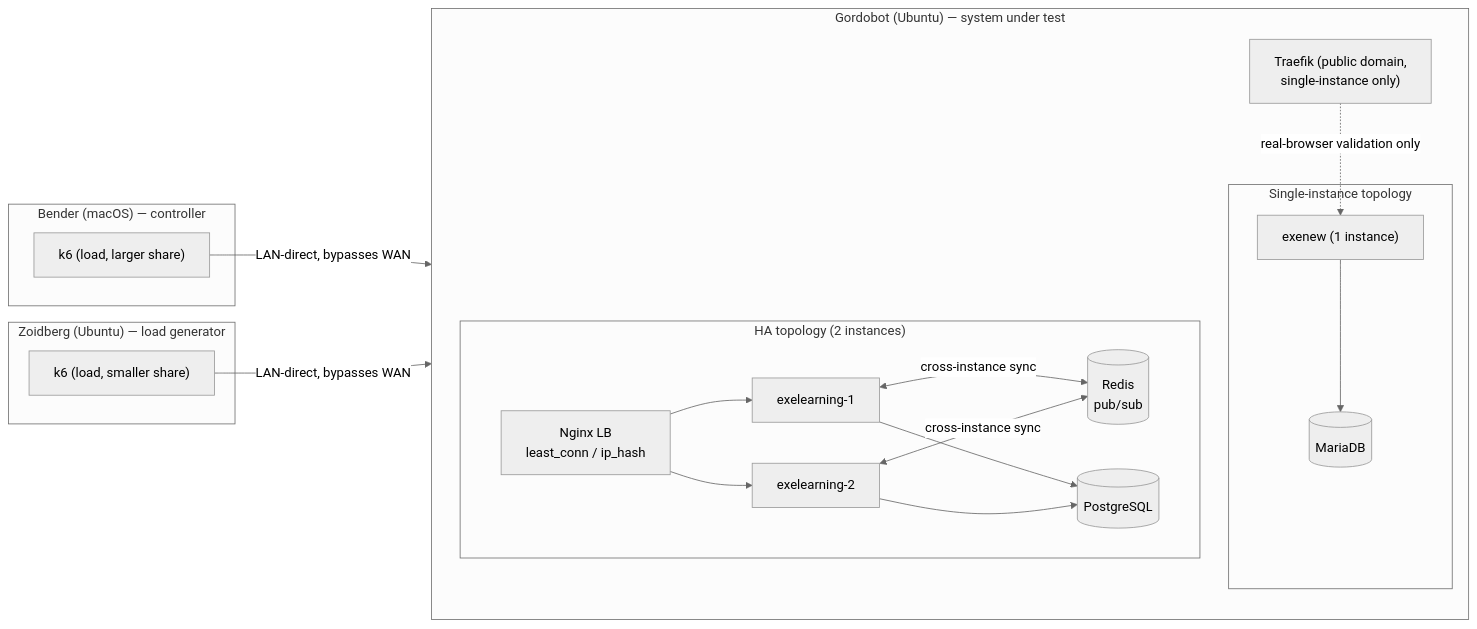
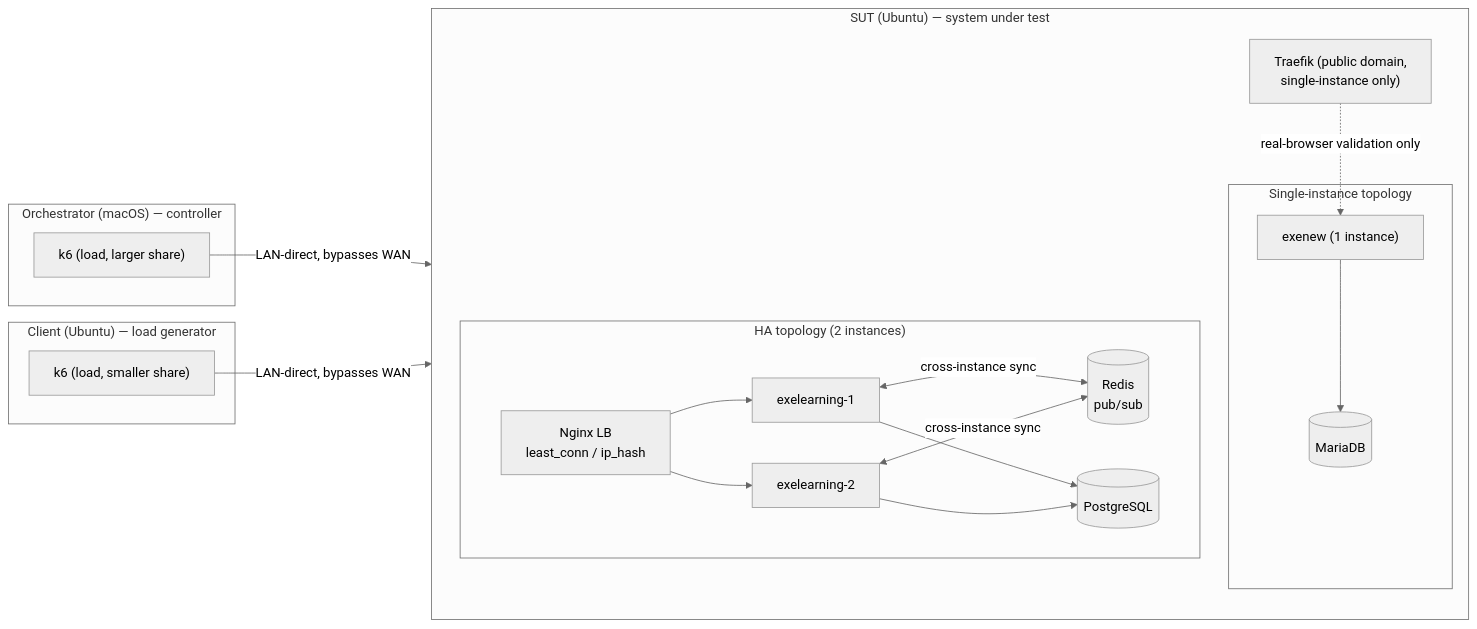
One commit to exelearning/exelearning changed the first of 2 diagrams in doc/development/c10k-benchmark.md. Above: the diagram before and after it, drawn with Mermaid (neutral theme). The commit also changed other lines of this file and 1 other file, not shown here.

First line of the commit message:
docs(load-test): anonymize machine identities in the c10k reports

````diff
--- a/doc/development/c10k-benchmark.md
+++ b/doc/development/c10k-benchmark.md
@@ -76,35 +76,35 @@
 ```mermaid
 flowchart LR
-    subgraph Bender["Bender (macOS) — controller"]
+    subgraph Orchestrator["Orchestrator (macOS) — controller"]
         K6B["k6 (load, larger share)"]
     end
-    subgraph Zoidberg["Zoidberg (Ubuntu) — load generator"]
+    subgraph Client["Client (Ubuntu) — load generator"]
         K6Z["k6 (load, smaller share)"]
     end
-    subgraph Gordobot["Gordobot (Ubuntu) — system under test"]
+    subgraph SUT["SUT (Ubuntu) — system under test"]
         direction TB
         Traefik["Traefik (public domain,\nsingle-instance only)"]
         subgraph Single["Single-instance topology"]
             App1["exenew (1 instance)"]
             MariaDB[("MariaDB")]
         end
         subgraph HA["HA topology (2 instances)"]
             Nginx["Nginx LB\nleast_conn / ip_hash"]
             AppHA1["exelearning-1"]
             AppHA2["exelearning-2"]
             Redis[("Redis\npub/sub")]
             Postgres[("PostgreSQL")]
         end
     end
 
-    K6B -- "LAN-direct, bypasses WAN" --> Gordobot
-    K6Z -- "LAN-direct, bypasses WAN" --> Gordobot
+    K6B -- "LAN-direct, bypasses WAN" --> SUT
+    K6Z -- "LAN-direct, bypasses WAN" --> SUT
     Traefik -.->|"real-browser validation only"| App1
     App1 --> MariaDB
     Nginx --> AppHA1
     Nginx --> AppHA2
     AppHA1 <-->|"cross-instance sync"| Redis
     AppHA2 <-->|"cross-instance sync"| Redis
     AppHA1 --> Postgres
     AppHA2 --> Postgres
 ```
````
